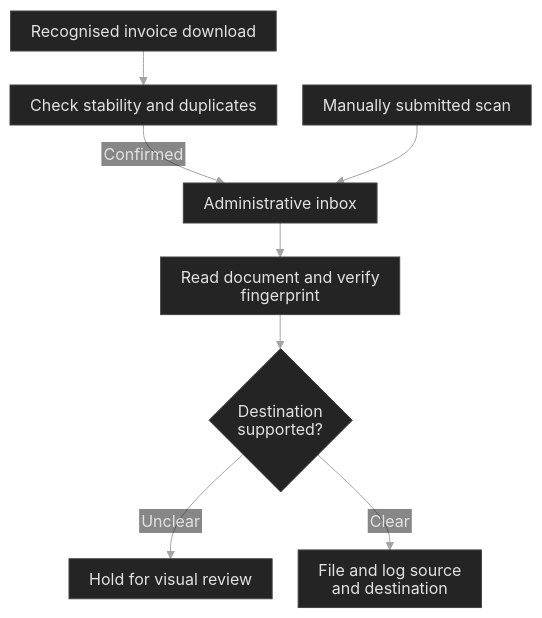
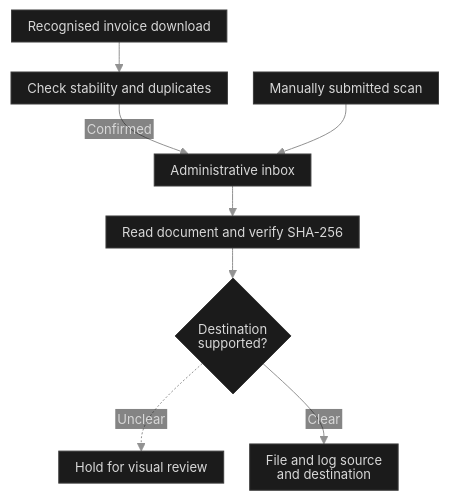
One commit to kazuall/finance-process-portfolio changed the diagram in diagrams/invoice-intake.mmd. Above: the diagram before and after it, drawn with Mermaid. The commit also changed 43 other files, not shown here.

```diff
--- a/diagrams/invoice-intake.mmd
+++ b/diagrams/invoice-intake.mmd
@@ -1,36 +1,36 @@
 ---
 config:
   theme: base
   htmlLabels: false
   themeVariables:
     darkMode: true
-    background: '#101010'
+    background: '#0a0a0a'
     fontFamily: 'Inter, -apple-system, BlinkMacSystemFont, Segoe UI, sans-serif'
-    fontSize: '16px'
-    primaryColor: '#242424'
-    primaryTextColor: '#e2e2e2'
-    primaryBorderColor: '#434343'
-    lineColor: '#a3a3a3'
-    edgeLabelBackground: '#101010'
-    textColor: '#cdcdcd'
+    fontSize: '13px'
+    primaryColor: '#1b1b1b'
+    primaryTextColor: '#d8d8d8'
+    primaryBorderColor: '#3c3c3c'
+    lineColor: '#929292'
+    edgeLabelBackground: '#0a0a0a'
+    textColor: '#d8d8d8'
   flowchart:
     htmlLabels: false
     useMaxWidth: false
     nodeSpacing: 26
-    rankSpacing: 34
-    wrappingWidth: 270
-    padding: 10
+    rankSpacing: 30
+    wrappingWidth: 240
+    padding: 8
     diagramPadding: 5
     curve: basis
-  themeCSS: 'text,tspan{font-family:system-ui,sans-serif!important}.node rect.label-container{rx:3px;ry:3px}.node rect,.node polygon,.flowchart-link{stroke-width:1px!important}.edgeLabel .labelBkg{fill:#101010!important;opacity:1!important}.edgeLabel text{fill:#c4c4c4!important}'
+  themeCSS: 'text,tspan{font-family:system-ui,sans-serif!important;font-weight:400!important}.node rect.label-container{rx:3px;ry:3px}.node rect,.node polygon,.flowchart-link{stroke-width:.85px!important}.edgeLabel .labelBkg{fill:#0a0a0a!important;opacity:1!important}.edgeLabel text{fill:#bebebe!important}'
 ---
 flowchart TB
   accTitle: Invoice intake
   accDescr: Downloads and manually supplied scans reach document intake. The original is fingerprinted. Documents with a clear type and destination are filed with a trace. Unclear documents stay in the review queue.
   downloads["Recognised invoice download"] --> verify["Check stability and duplicates"]
   verify -->|Confirmed| drop["Administrative inbox"]
   manual["Manually submitted scan"] --> drop
-  drop --> read["Read document and verify fingerprint"]
+  drop --> read["Read document and verify SHA-256"]
   read --> route{"Destination<br/>supported?"}
-  route -->|Unclear| review["Hold for visual review"]
+  route -.->|Unclear| review["Hold for visual review"]
   route -->|Clear| file["File and log source<br/>and destination"]
```
